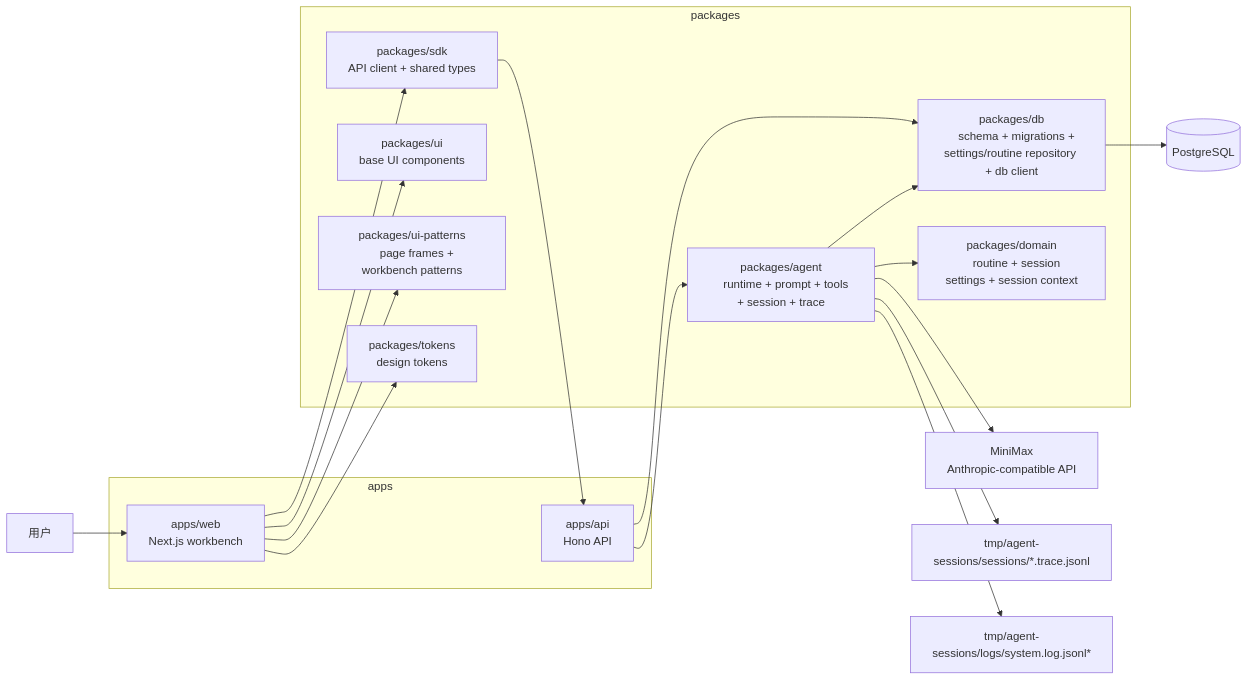
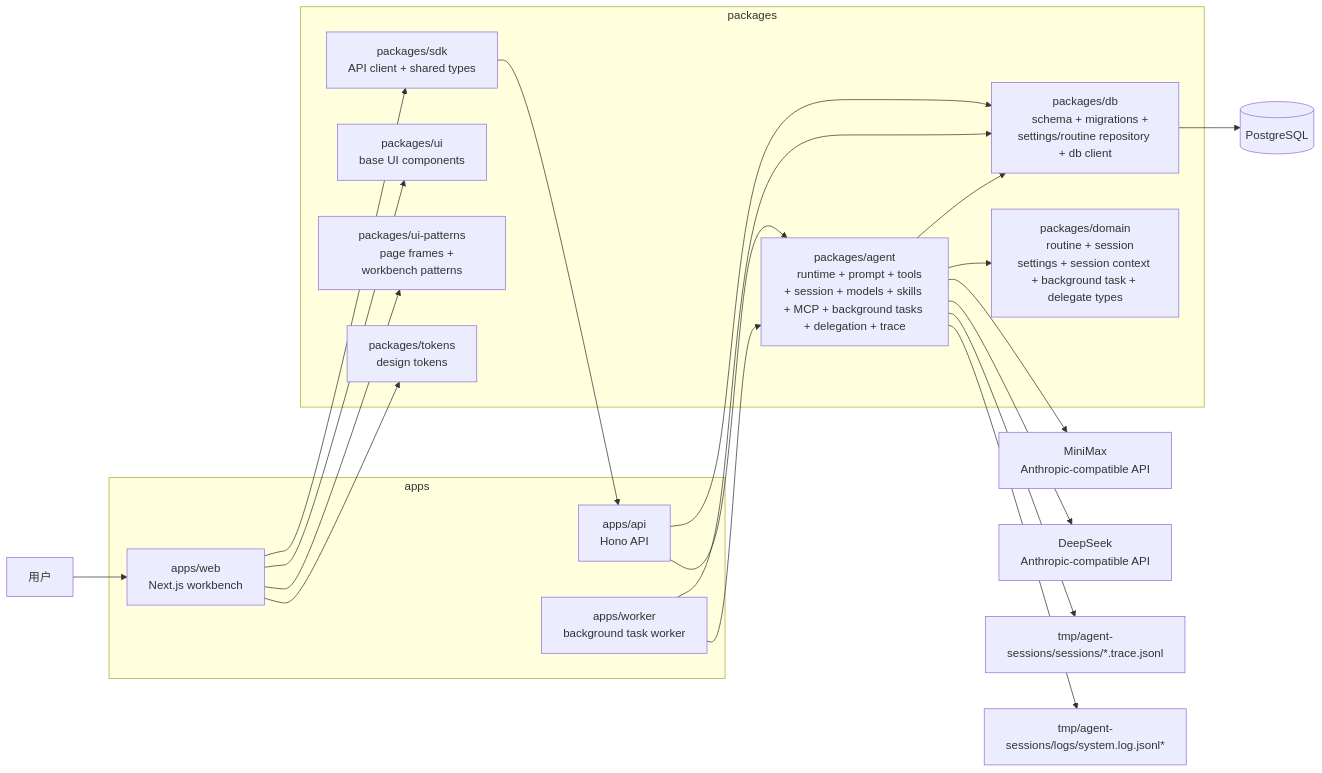
One commit to pswd123456/my-agent-proj changed the first of 3 diagrams in docs/architecture/diagram.md. Above: the diagram before and after it, drawn with Mermaid. The commit also changed other lines of this file and 15 other files, not shown here.

````diff
--- a/docs/architecture/diagram.md
+++ b/docs/architecture/diagram.md
@@ -7,49 +7,56 @@
 ```mermaid
 flowchart LR
   user["用户"]
 
   subgraph apps["apps"]
     web["apps/web
     Next.js workbench"]
     api["apps/api
     Hono API"]
+    worker["apps/worker
+    background task worker"]
   end
 
   subgraph packages["packages"]
     sdk["packages/sdk
     API client + shared types"]
     agent["packages/agent
-    runtime + prompt + tools + session + trace"]
+    runtime + prompt + tools + session + models + skills + MCP + background tasks + delegation + trace"]
     db["packages/db
     schema + migrations + settings/routine repository + db client"]
     domain["packages/domain
-    routine + session settings + session context"]
+    routine + session settings + session context + background task + delegate types"]
     ui["packages/ui
     base UI components"]
     patterns["packages/ui-patterns
     page frames + workbench patterns"]
     tokens["packages/tokens
     design tokens"]
   end
 
   postgres[("PostgreSQL")]
   minimax["MiniMax
+  Anthropic-compatible API"]
+  deepseek["DeepSeek
   Anthropic-compatible API"]
   trace["tmp/agent-sessions/sessions/*.trace.jsonl"]
   logs["tmp/agent-sessions/logs/system.log.jsonl*"]
 
   user --> web
   web --> ui
   web --> patterns
   web --> tokens
   web --> sdk
   sdk --> api
   api --> agent
   api --> db
+  worker --> agent
+  worker --> db
   agent --> domain
   agent --> db
   db --> postgres
   agent --> minimax
+  agent --> deepseek
   agent --> trace
   agent --> logs
 ```
````
